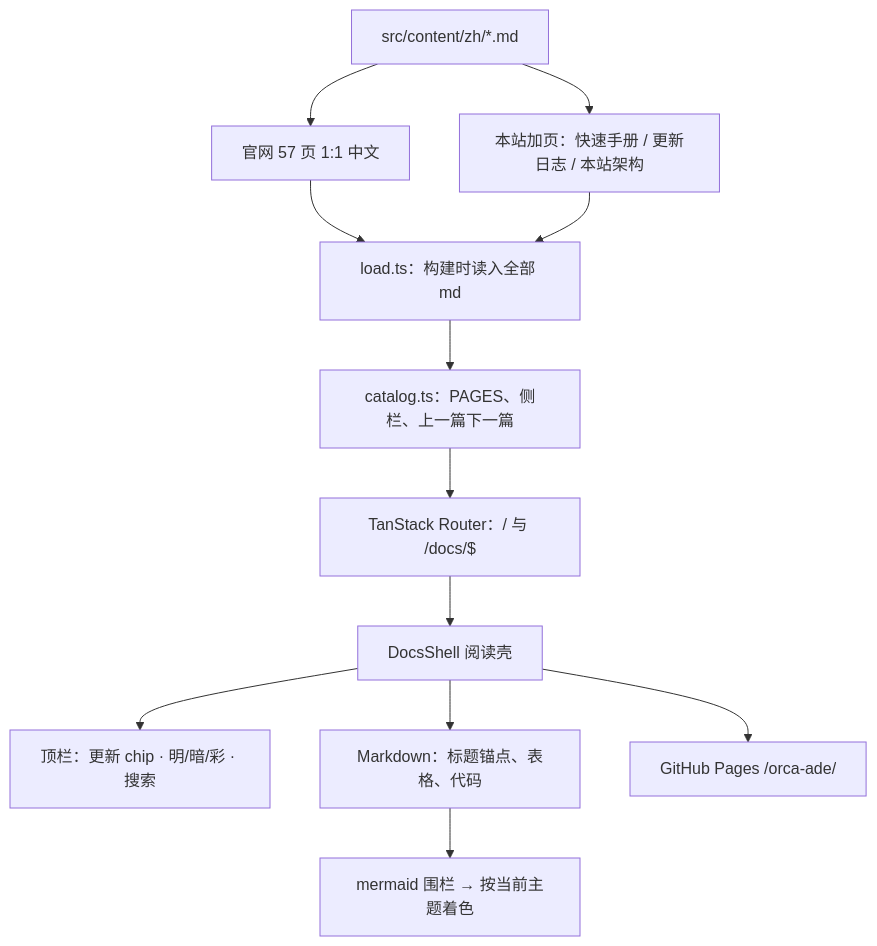
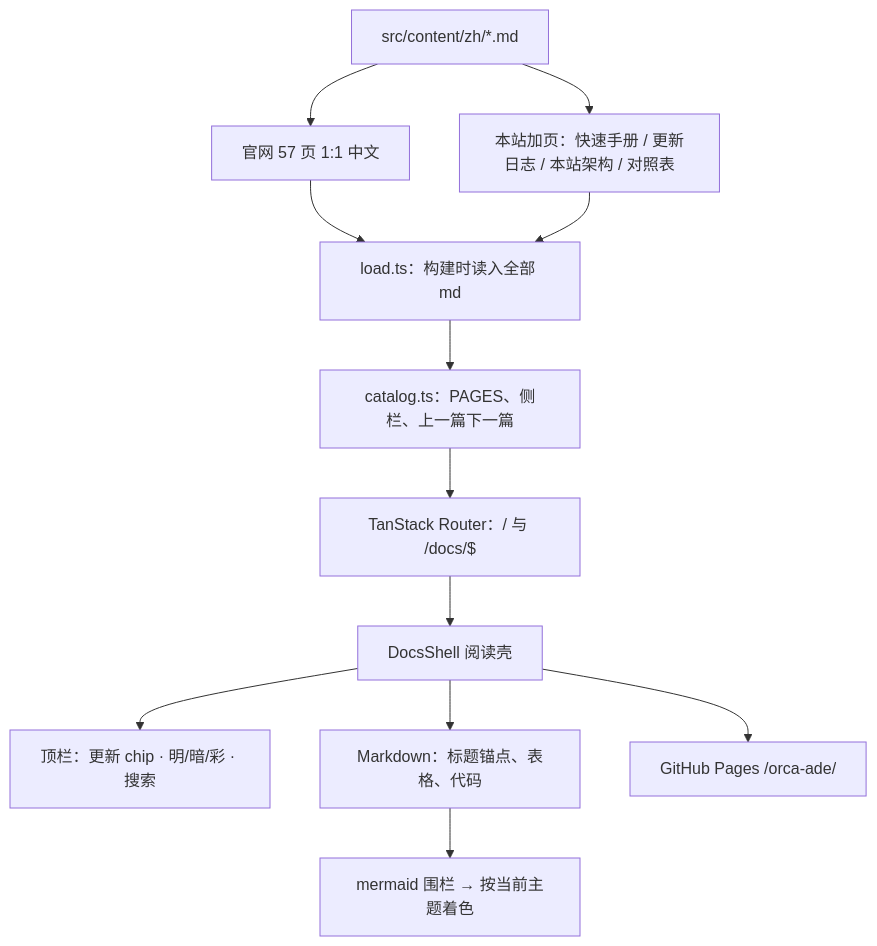
Before and after one commit to gradient30/orca-ade: the first of 2 diagrams in src/content/zh/architecture.md, drawn with Mermaid. The commit also changed other lines of this file and 14 other files, not shown here.

````diff
--- a/src/content/zh/architecture.md
+++ b/src/content/zh/architecture.md
@@ -11,15 +11,15 @@
 ```mermaid
 flowchart TB
   ZH["src/content/zh/*.md"]
   ZH --> OFF["官网 57 页 1:1 中文"]
-  ZH --> ADD["本站加页：快速手册 / 更新日志 / 本站架构"]
+  ZH --> ADD["本站加页：快速手册 / 更新日志 / 本站架构 / 对照表"]
   OFF --> LOAD["load.ts：构建时读入全部 md"]
   ADD --> LOAD
   LOAD --> CAT["catalog.ts：PAGES、侧栏、上一篇下一篇"]
   CAT --> RT["TanStack Router：/ 与 /docs/$"]
   RT --> SHELL["DocsShell 阅读壳"]
   SHELL --> HDR["顶栏：更新 chip · 明/暗/彩 · 搜索"]
   SHELL --> MD["Markdown：标题锚点、表格、代码"]
   MD --> MMR["mermaid 围栏 → 按当前主题着色"]
   SHELL --> PAGE["GitHub Pages /orca-ade/"]
 ```
````
